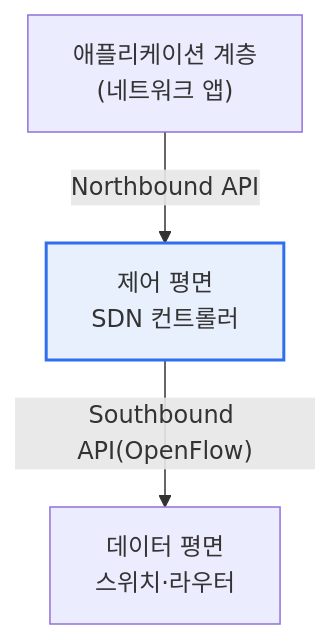
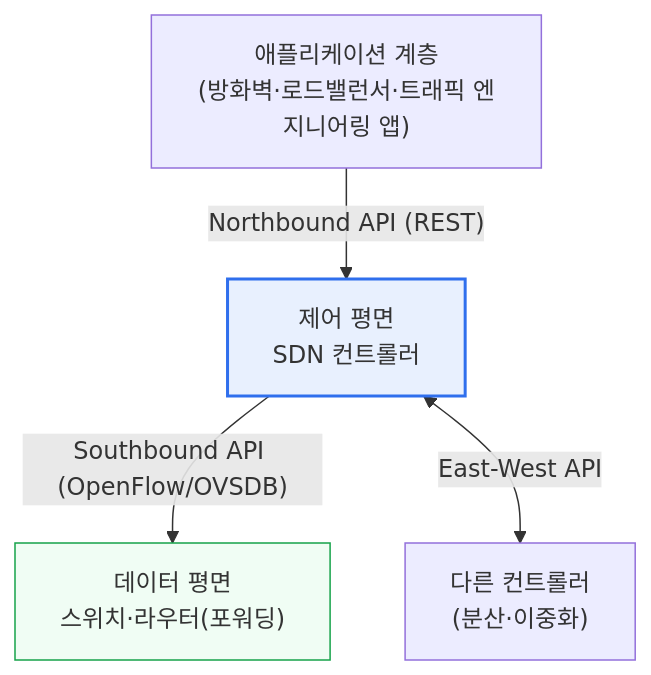
One commit to coninggu/wjdqhrhksflrltnftk changed the first of 2 diagrams in content/sdn.md. Above: the diagram before and after it, drawn with Mermaid. The commit also changed other lines of this file and 3 other files, not shown here.

First line of the commit message:
Deepen 요구사항명세서(SRS)의 기술 항목, 소프트웨어 정의 네트워크(SDN) (auto)

````diff
--- a/content/sdn.md
+++ b/content/sdn.md
@@ -15,6 +19,8 @@
 ```mermaid
 flowchart TB
-  A["애플리케이션 계층<br/>(네트워크 앱)"] -->|Northbound API| C["제어 평면<br/>SDN 컨트롤러"]
-  C -->|"Southbound API(OpenFlow)"| D["데이터 평면<br/>스위치·라우터"]
+  A["애플리케이션 계층<br/>(방화벽·로드밸런서·트래픽 엔지니어링 앱)"] -->|"Northbound API (REST)"| C["제어 평면<br/>SDN 컨트롤러"]
+  C -->|"Southbound API (OpenFlow/OVSDB)"| D["데이터 평면<br/>스위치·라우터(포워딩)"]
+  C <-->|"East-West API"| C2["다른 컨트롤러<br/>(분산·이중화)"]
   style C fill:#e8f0fe,stroke:#2f6fed,stroke-width:2px
+  style D fill:#f0fdf4,stroke:#16a34a,stroke-width:1px
 ```
````
